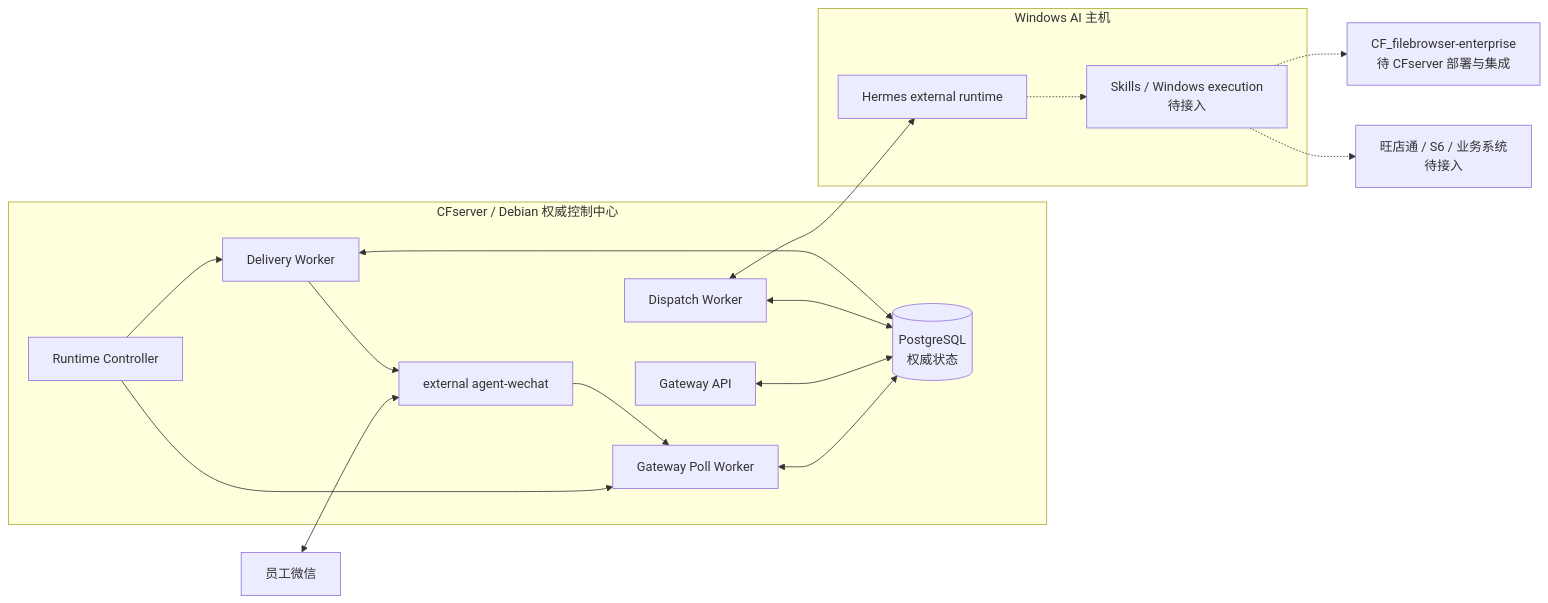
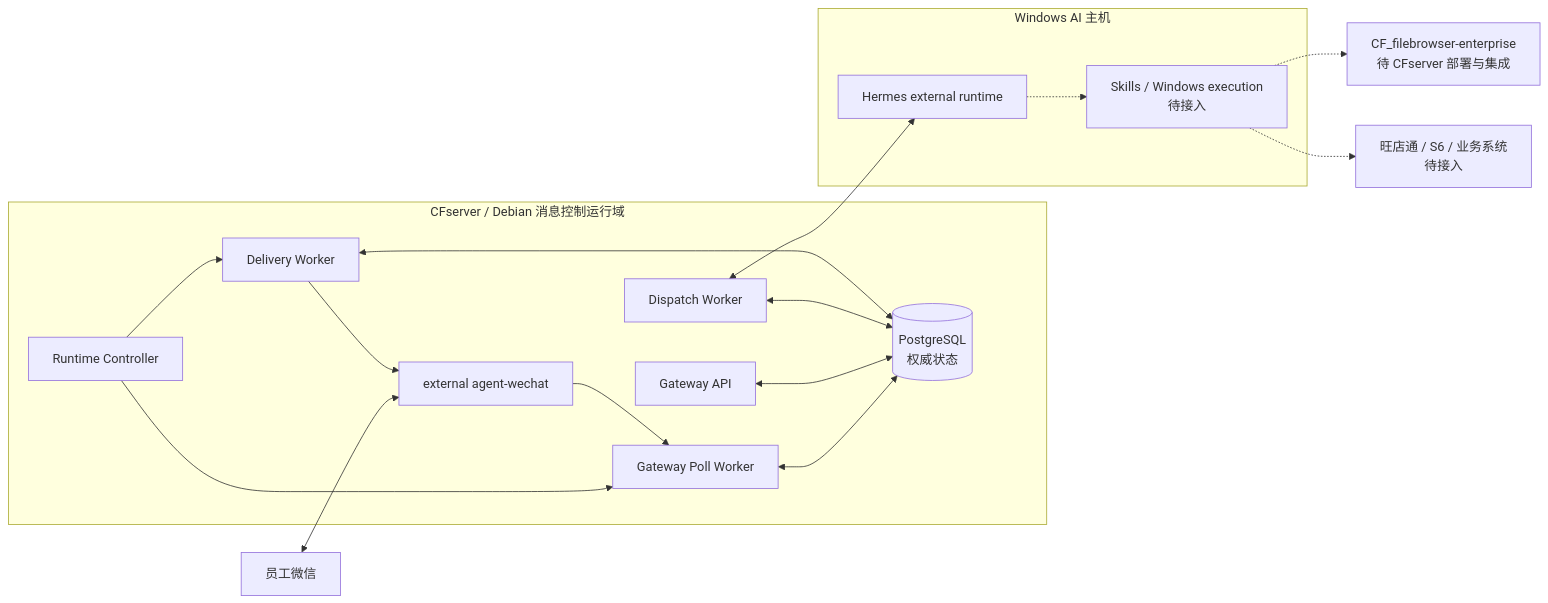
Before and after one commit to Tangbohu09527/CF_ecommerce-automation-docs: the first of 3 diagrams in 02_系统设计.md, drawn with Mermaid. The commit also changed 11 other files, not shown here.

````diff
--- a/02_系统设计.md
+++ b/02_系统设计.md
@@ -9,33 +9,33 @@
 ```mermaid
 flowchart LR
     U["员工微信"]
-    subgraph CFS["CFserver / Debian 权威控制中心"]
+    subgraph CFS["CFserver / Debian 消息控制运行域"]
         AW["external agent-wechat"]
         PW["Gateway Poll Worker"]
         API["Gateway API"]
         CTL["Runtime Controller"]
         PG[("PostgreSQL<br/>权威状态")]
         DW["Dispatch Worker"]
         DLW["Delivery Worker"]
         PW <--> PG
         API <--> PG
         CTL --> PW
         CTL --> DLW
         DW <--> PG
         DLW <--> PG
     end
     subgraph AI["Windows AI 主机"]
         H["Hermes external runtime"]
         SK["Skills / Windows execution<br/>待接入"]
         H -.-> SK
     end
     FB["CF_filebrowser-enterprise<br/>待 CFserver 部署与集成"]
     BIZ["旺店通 / S6 / 业务系统<br/>待接入"]
 
     U <--> AW
     AW --> PW
     DW <--> H
     DLW --> AW
     SK -.-> FB
     SK -.-> BIZ
 ```
````
